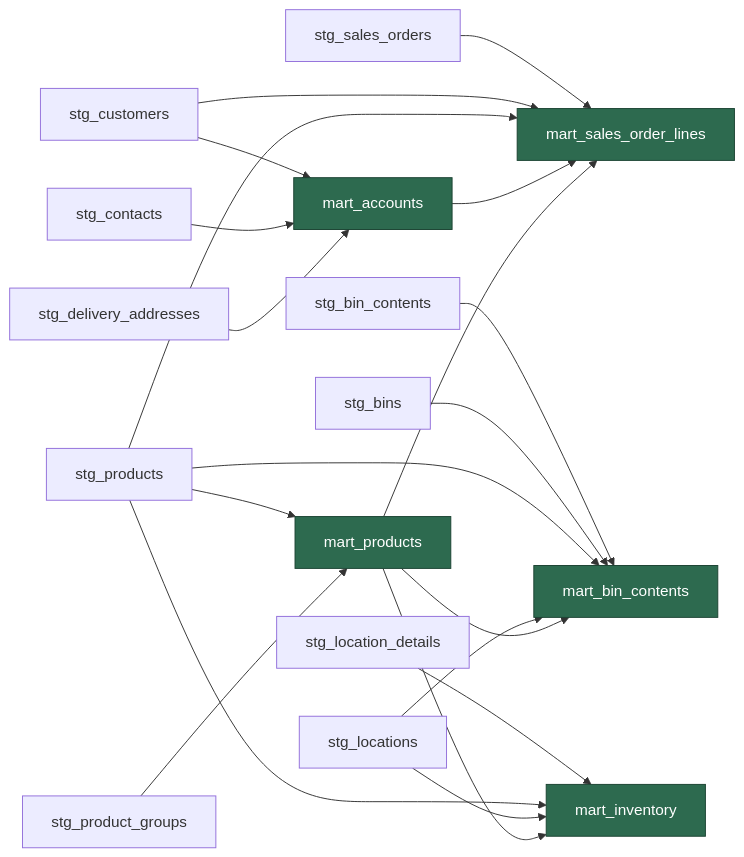
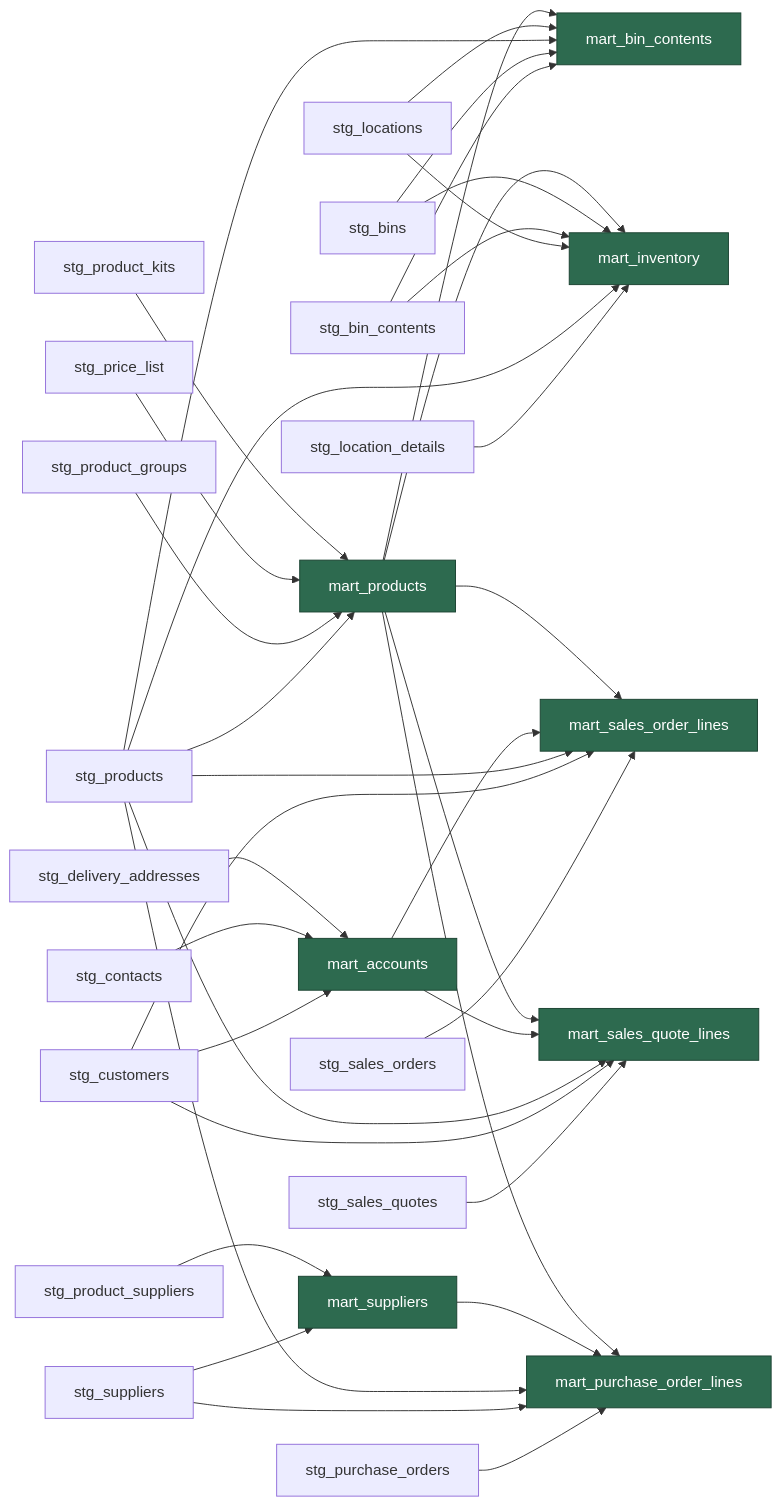
One commit to herobmdotcom/herobm changed the diagram in docs/schema_reference.md. Above: the diagram before and after it, drawn with Mermaid. The commit also changed other lines of this file and 109 other files, not shown here.

````diff
--- a/docs/schema_reference.md
+++ b/docs/schema_reference.md
@@ -29,38 +32,63 @@
 ```mermaid
 graph LR
     stg_bin_contents["stg_bin_contents"]
     stg_bins["stg_bins"]
     stg_contacts["stg_contacts"]
     stg_customers["stg_customers"]
     stg_delivery_addresses["stg_delivery_addresses"]
     stg_location_details["stg_location_details"]
     stg_locations["stg_locations"]
+    stg_price_list["stg_price_list"]
     stg_product_groups["stg_product_groups"]
+    stg_product_kits["stg_product_kits"]
+    stg_product_suppliers["stg_product_suppliers"]
     stg_products["stg_products"]
+    stg_purchase_orders["stg_purchase_orders"]
     stg_sales_orders["stg_sales_orders"]
+    stg_sales_quotes["stg_sales_quotes"]
+    stg_suppliers["stg_suppliers"]
     mart_accounts["mart_accounts"]:::mart
     mart_bin_contents["mart_bin_contents"]:::mart
     mart_inventory["mart_inventory"]:::mart
     mart_products["mart_products"]:::mart
+    mart_purchase_order_lines["mart_purchase_order_lines"]:::mart
     mart_sales_order_lines["mart_sales_order_lines"]:::mart
+    mart_sales_quote_lines["mart_sales_quote_lines"]:::mart
+    mart_suppliers["mart_suppliers"]:::mart
     stg_customers --> mart_accounts
     stg_contacts --> mart_accounts
     stg_delivery_addresses --> mart_accounts
     stg_bin_contents --> mart_bin_contents
     stg_bins --> mart_bin_contents
     stg_products --> mart_bin_contents
     stg_locations --> mart_bin_contents
     mart_products --> mart_bin_contents
     stg_location_details --> mart_inventory
     stg_products --> mart_inventory
     stg_locations --> mart_inventory
+    stg_bin_contents --> mart_inventory
+    stg_bins --> mart_inventory
     mart_products --> mart_inventory
     stg_products --> mart_products
     stg_product_groups --> mart_products
+    stg_price_list --> mart_products
+    stg_product_kits --> mart_products
+    stg_purchase_orders --> mart_purchase_order_lines
+    stg_suppliers --> mart_purchase_order_lines
+    stg_products --> mart_purchase_order_lines
+    mart_suppliers --> mart_purchase_order_lines
+    mart_products --> mart_purchase_order_lines
     stg_sales_orders --> mart_sales_order_lines
     stg_customers --> mart_sales_order_lines
     stg_products --> mart_sales_order_lines
     mart_accounts --> mart_sales_order_lines
     mart_products --> mart_sales_order_lines
+    stg_sales_quotes --> mart_sales_quote_lines
+    stg_customers --> mart_sales_quote_lines
+    stg_products --> mart_sales_quote_lines
+    mart_accounts --> mart_sales_quote_lines
+    mart_products --> mart_sales_quote_lines
+    stg_suppliers --> mart_suppliers
+    stg_product_suppliers --> mart_suppliers
     classDef mart fill:#2d6a4f,stroke:#1b4332,color:#fff
 ```
````
